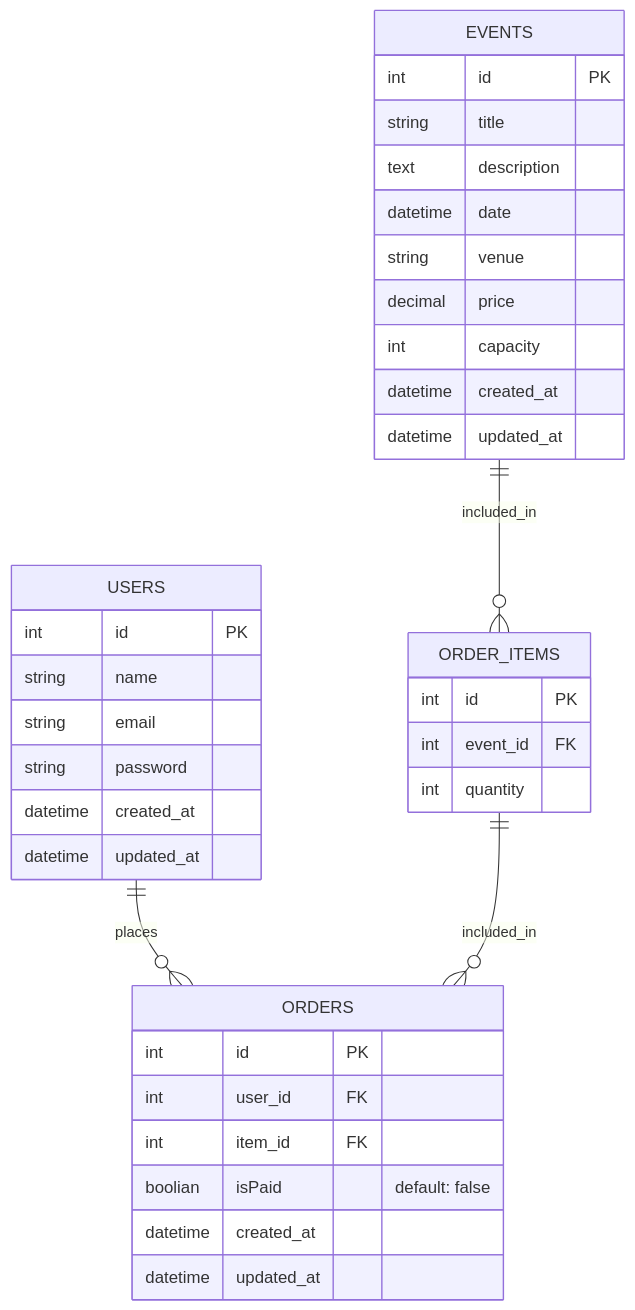
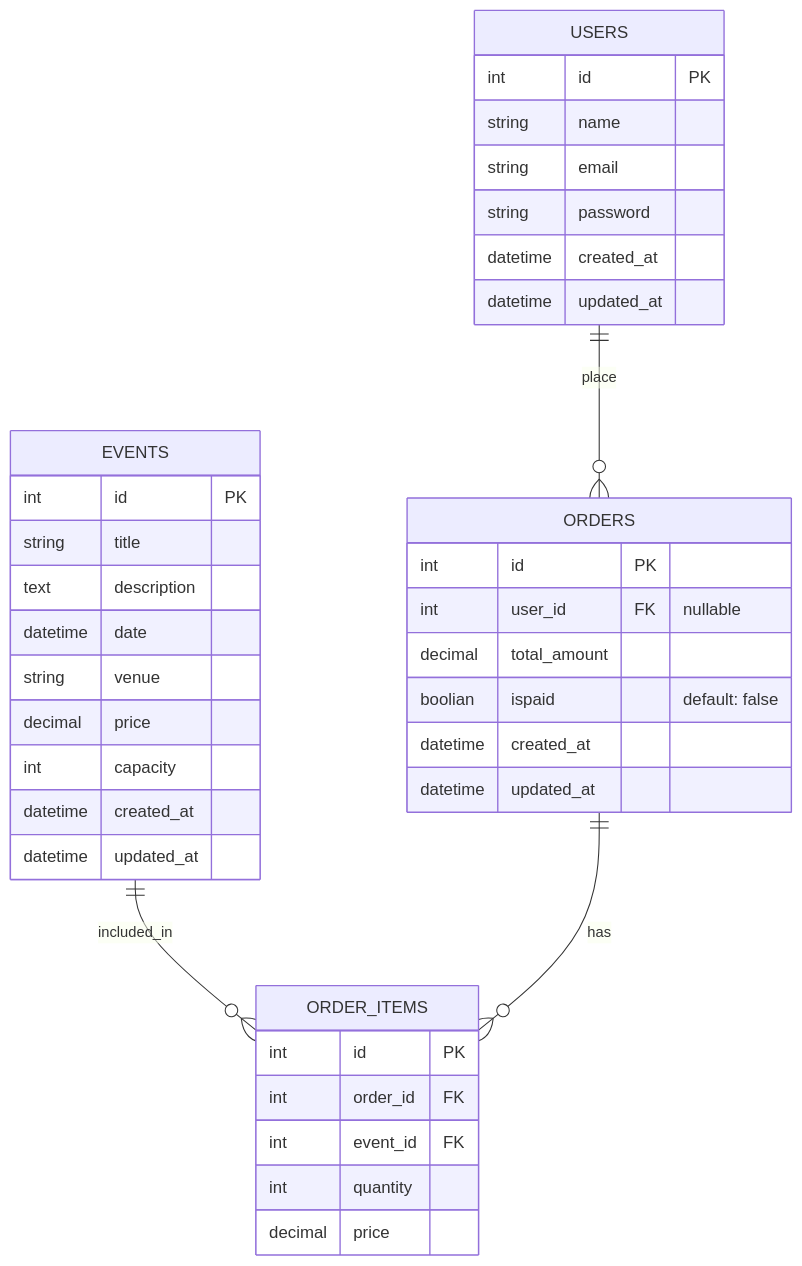
The diagram in database/readme.md (ftshn84/event-startup), drawn with Mermaid before and after one commit.

Commit message:
fix: update ERD structure and relationships in readme

````diff
--- a/database/readme.md
+++ b/database/readme.md
@@ -3,45 +3,46 @@
 ```mermaid
 
 
     erDiagram
 
     EVENTS {
         int id PK
         string title
         text description
         datetime date
         string venue
         decimal price
         int capacity
         datetime created_at
         datetime updated_at 
     }
     
-
     USERS {
         int id PK
         string name
         string email
         string password
         datetime created_at
         datetime updated_at    
     }
 
     ORDERS {
         int id PK
-        int user_id FK
-        int item_id FK
-        boolian isPaid "default: false"
+        int user_id FK "nullable"
+        decimal total_amount 
+        boolian ispaid "default: false"
         datetime created_at
         datetime updated_at
     }
     ORDER_ITEMS {
         int id PK
+        int order_id FK
         int event_id FK
         int quantity
+        decimal price
     }
 
-    USERS ||--o{ ORDERS : places
+    USERS ||--o{ ORDERS : place
     EVENTS ||--o{ ORDER_ITEMS : included_in
-    ORDER_ITEMS ||--o{ ORDERS : included_in
+    ORDERS ||--o{ ORDER_ITEMS : has
 ```
````
